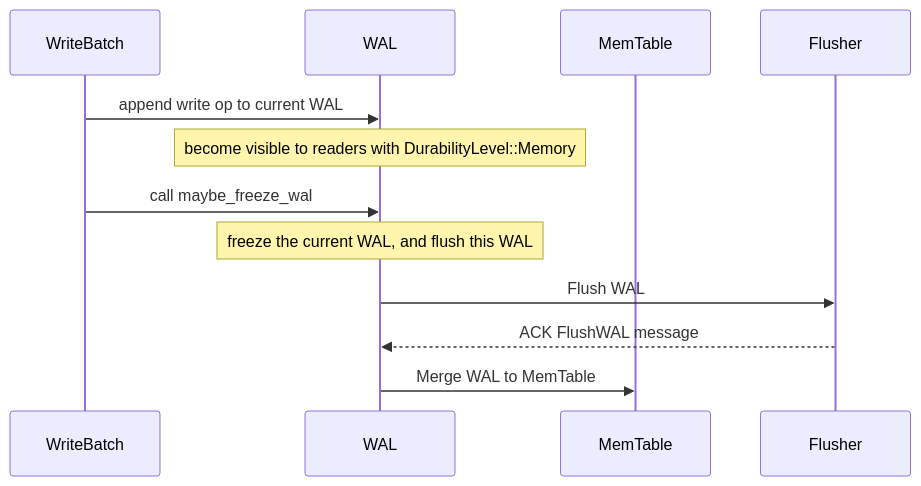
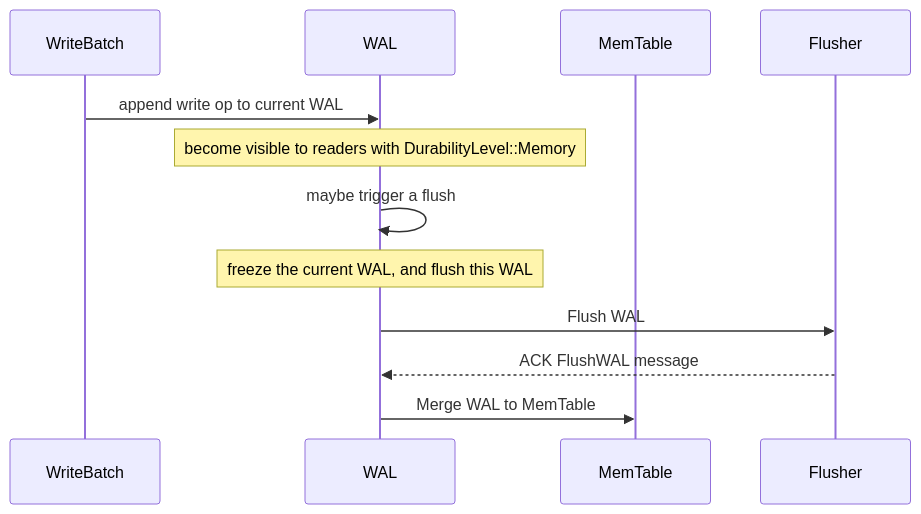
Before and after one commit to slatedb/slatedb: the second of 4 diagrams in rfcs/0007-synchronous-commit.md, drawn with Mermaid. The commit also changed other lines of this file, not shown here.

Commit message:
add failure handing, possible code changes, adjust diagrams

````diff
--- a/rfcs/0007-synchronous-commit.md
+++ b/rfcs/0007-synchronous-commit.md
@@ -307,15 +306,15 @@
 ```mermaid
 sequenceDiagram
     participant WriteBatch
     participant WAL
     participant MemTable
     participant Flusher
 
     WriteBatch->>WAL: append write op to current WAL
     Note over WAL: become visible to readers with DurabilityLevel::Memory
-    WriteBatch->>WAL: call maybe_freeze_wal
+    WAL->>WAL: maybe trigger a flush
     Note over WAL: freeze the current WAL, and flush this WAL
     WAL->>Flusher: Flush WAL
     Flusher-->>WAL: ACK FlushWAL message
     WAL->>MemTable: Merge WAL to MemTable
 ```
````
